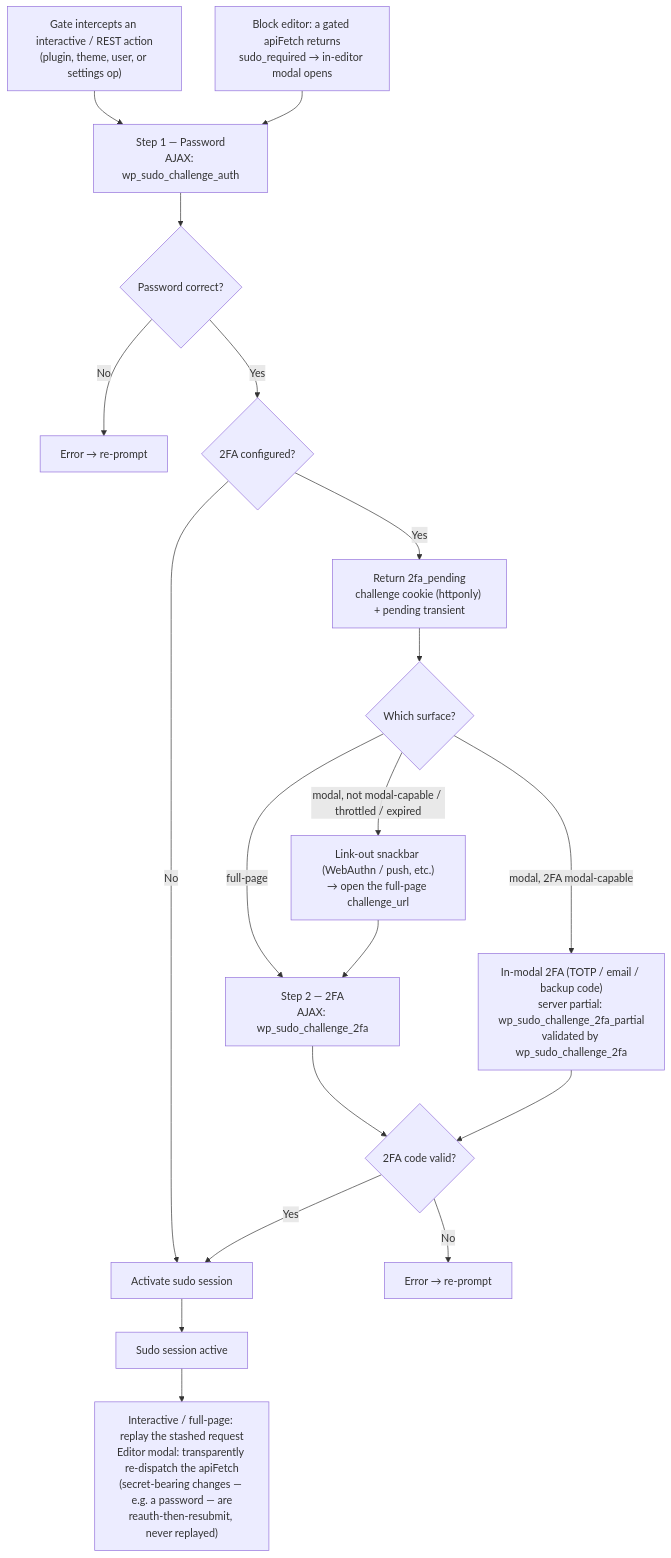
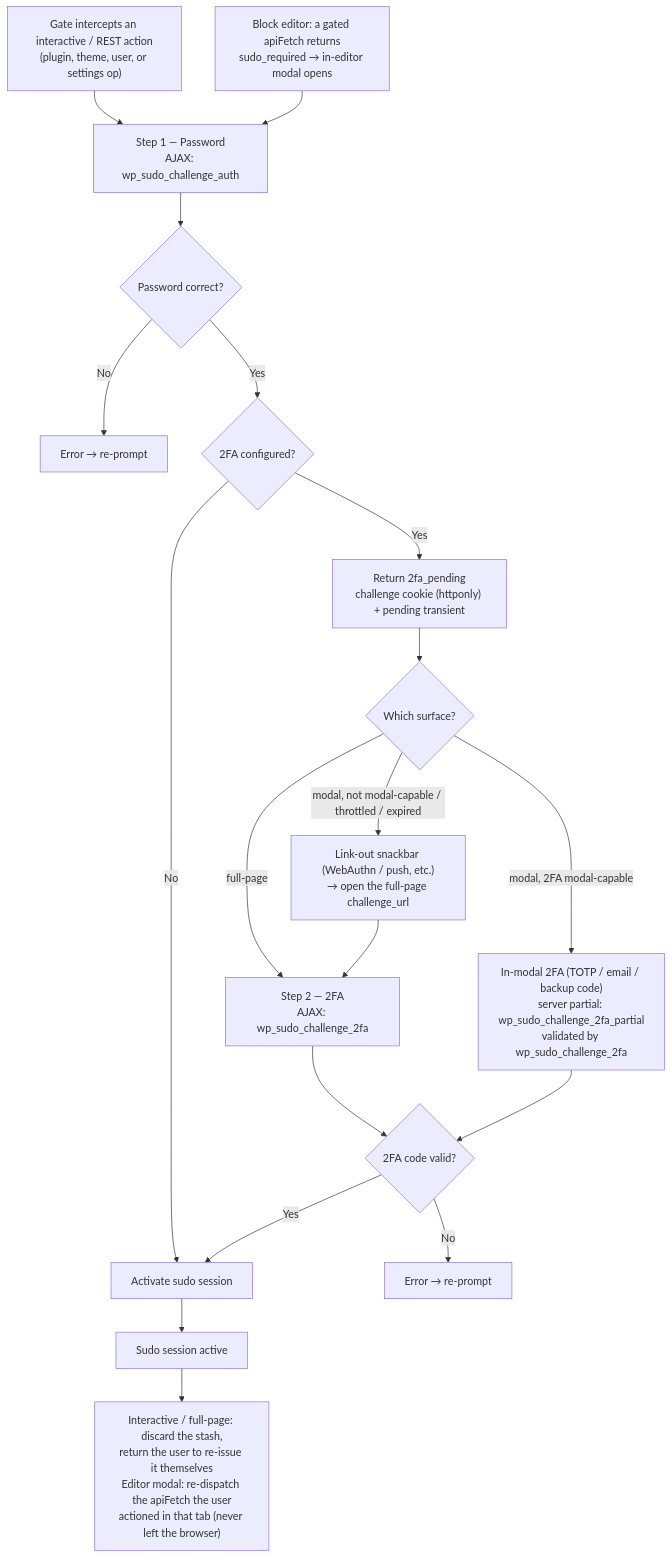
One commit to dknauss/Sudo changed the diagram in docs/two-factor-integration.md. Above: the diagram before and after it, drawn with Mermaid. The commit also changed other lines of this file and 17 other files, not shown here.

First line of the commit message:
fix(322): never auto-execute an intercepted request after reauthentication (#459)

````diff
--- a/docs/two-factor-integration.md
+++ b/docs/two-factor-integration.md
@@ -32,26 +32,26 @@
 ```mermaid
 flowchart TD
     A1["Gate intercepts an interactive / REST action<br/>(plugin, theme, user, or settings op)"] --> P
     A2["Block editor: a gated apiFetch returns<br/>sudo_required → in-editor modal opens"] --> P
 
     P["Step 1 — Password<br/>AJAX: wp_sudo_challenge_auth"] --> PC{"Password correct?"}
     PC -- No --> PE["Error → re-prompt"]
     PC -- Yes --> TF{"2FA configured?"}
 
     TF -- No --> ACT["Activate sudo session"]
     TF -- Yes --> PEND["Return 2fa_pending<br/>challenge cookie (httponly) + pending transient"]
 
     PEND --> SURF{"Which surface?"}
     SURF -- "full-page" --> F2["Step 2 — 2FA<br/>AJAX: wp_sudo_challenge_2fa"]
     SURF -- "modal, 2FA modal-capable" --> M2["In-modal 2FA (TOTP / email / backup code)<br/>server partial: wp_sudo_challenge_2fa_partial<br/>validated by wp_sudo_challenge_2fa"]
     SURF -- "modal, not modal-capable / throttled / expired" --> LO["Link-out snackbar (WebAuthn / push, etc.)<br/>→ open the full-page challenge_url"]
 
     LO --> F2
     F2 --> V{"2FA code valid?"}
     M2 --> V
     V -- No --> FE["Error → re-prompt"]
     V -- Yes --> ACT
 
     ACT --> DONE["Sudo session active"]
-    DONE --> R["Interactive / full-page: replay the stashed request<br/>Editor modal: transparently re-dispatch the apiFetch<br/>(secret-bearing changes — e.g. a password — are<br/>reauth-then-resubmit, never replayed)"]
+    DONE --> R["Interactive / full-page: discard the stash,<br/>return the user to re-issue it themselves<br/>Editor modal: re-dispatch the apiFetch the user<br/>actioned in that tab (never left the browser)"]
 ```
````
